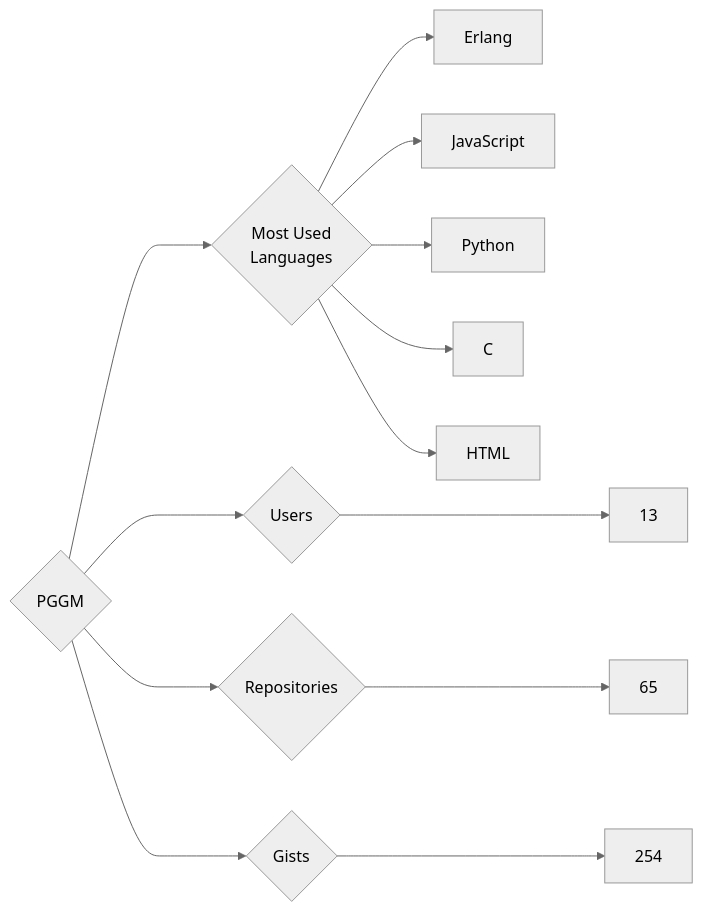
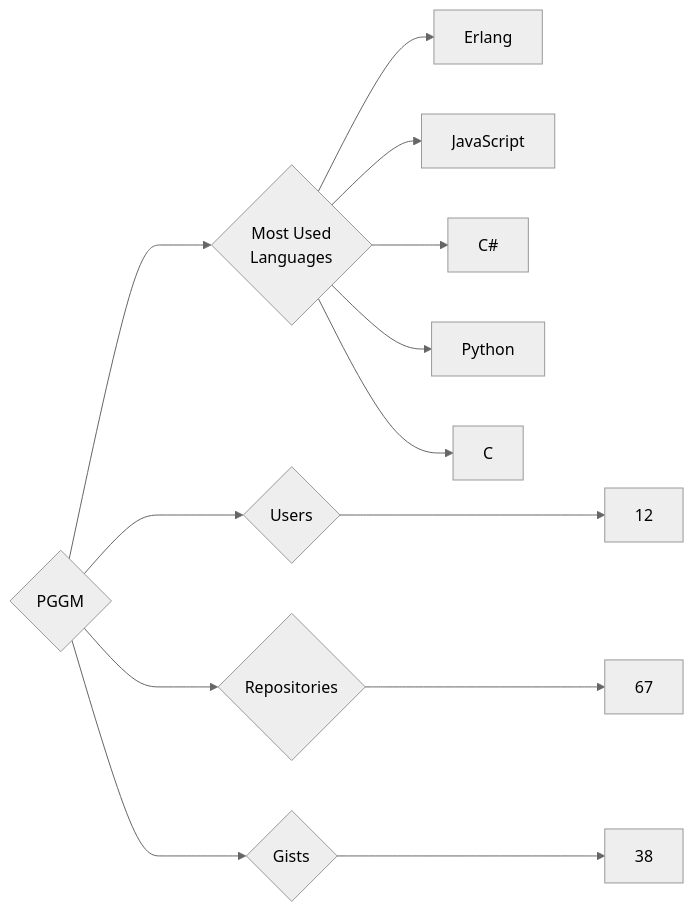
The diagram in targets/PGGM/README.md (trickest/insiders), drawn with Mermaid (neutral theme) before and after one commit. The commit also changed 1011 other files, not shown here.

````diff
--- a/targets/PGGM/README.md
+++ b/targets/PGGM/README.md
@@ -3,13 +3,13 @@
 ```mermaid
 graph LR
 COMPANY_NAME{PGGM}
-COMPANY_NAME ---> U{Users} ---> UN[13]
-COMPANY_NAME ---> R{Repositories} ---> RN[65]
-COMPANY_NAME ---> G{Gists} ---> GN[254]
+COMPANY_NAME ---> U{Users} ---> UN[12]
+COMPANY_NAME ---> R{Repositories} ---> RN[67]
+COMPANY_NAME ---> G{Gists} ---> GN[38]
 COMPANY_NAME ---> ML{Most Used<br>Languages}
 ML --> Erlang[Erlang]
 ML --> JavaScript[JavaScript]
+ML --> C#[C#]
 ML --> Python[Python]
 ML --> C[C]
-ML --> HTML[HTML]
 ```
````
